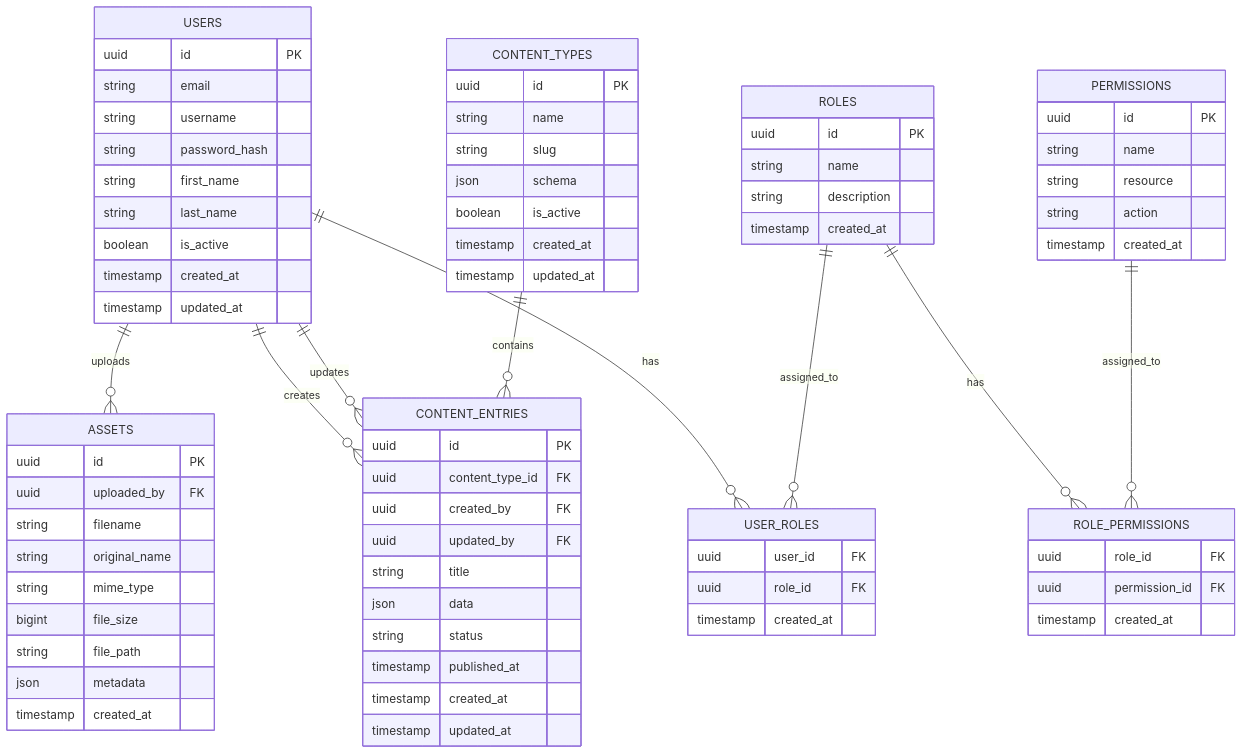
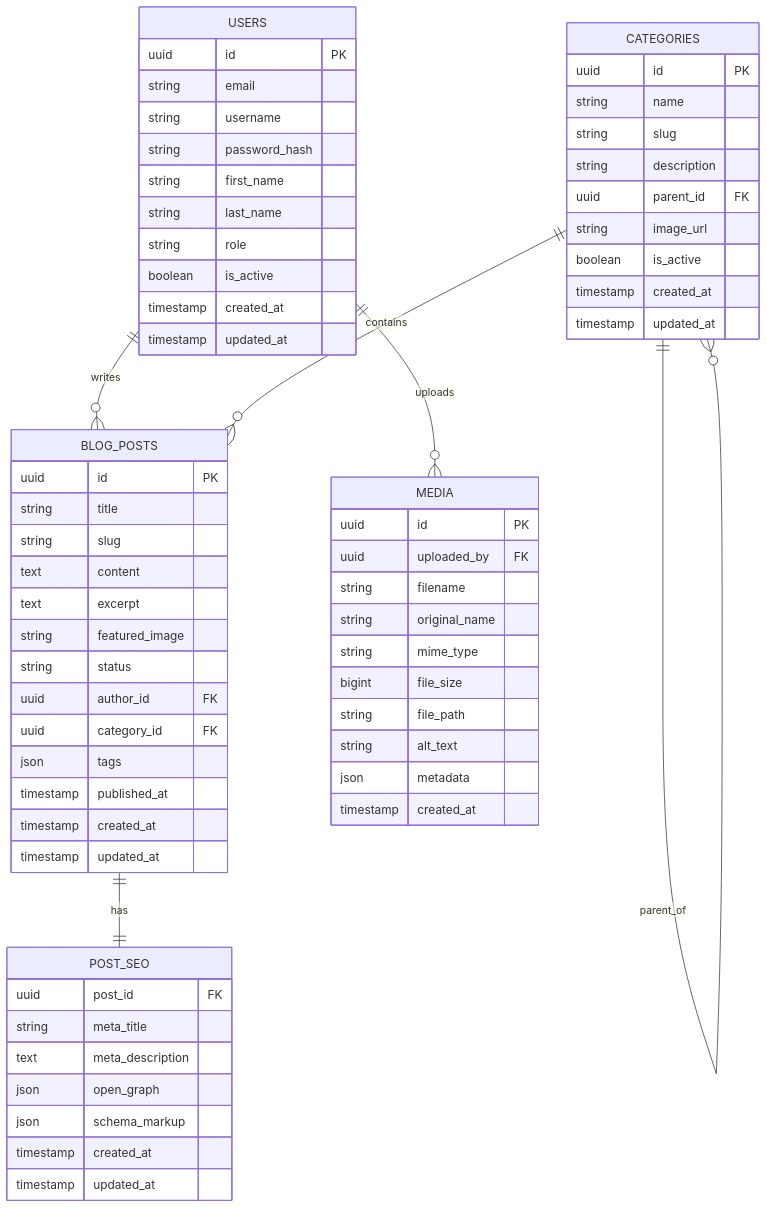
One commit to Dragon745/Content-Management-System changed the fourth of 16 diagrams in SRS.md. Above: the diagram before and after it, drawn with Mermaid. The commit also changed other lines of this file and 1 other file, not shown here.

````diff
--- a/SRS.md
+++ b/SRS.md
@@ -295,62 +277,51 @@
         string password_hash
         string first_name
         string last_name
+        string role
         boolean is_active
         timestamp created_at
         timestamp updated_at
     }
 
-    ROLES {
-        uuid id PK
-        string name
-        string description
-        timestamp created_at
-    }
-
-    USER_ROLES {
-        uuid user_id FK
-        uuid role_id FK
-        timestamp created_at
-    }
-
-    PERMISSIONS {
-        uuid id PK
-        string name
-        string resource
-        string action
-        timestamp created_at
-    }
-
-    ROLE_PERMISSIONS {
-        uuid role_id FK
-        uuid permission_id FK
-        timestamp created_at
-    }
-
-    CONTENT_TYPES {
+    CATEGORIES {
         uuid id PK
         string name
         string slug
-        json schema
+        string description
+        uuid parent_id FK
+        string image_url
         boolean is_active
         timestamp created_at
         timestamp updated_at
     }
 
-    CONTENT_ENTRIES {
+    BLOG_POSTS {
         uuid id PK
-        uuid content_type_id FK
-        uuid created_by FK
-        uuid updated_by FK
         string title
-        json data
+        string slug
+        text content
+        text excerpt
+        string featured_image
         string status
+        uuid author_id FK
+        uuid category_id FK
+        json tags
         timestamp published_at
         timestamp created_at
         timestamp updated_at
     }
 
-    ASSETS {
+    POST_SEO {
+        uuid post_id FK
+        string meta_title
+        text meta_description
+        json open_graph
+        json schema_markup
+        timestamp created_at
+        timestamp updated_at
+    }
+
+    MEDIA {
         uuid id PK
         uuid uploaded_by FK
         string filename
@@ -358,16 +329,14 @@
         string mime_type
         bigint file_size
         string file_path
+        string alt_text
         json metadata
         timestamp created_at
     }
 
-    USERS ||--o{ USER_ROLES : has
-    ROLES ||--o{ USER_ROLES : assigned_to
-    ROLES ||--o{ ROLE_PERMISSIONS : has
-    PERMISSIONS ||--o{ ROLE_PERMISSIONS : assigned_to
-    USERS ||--o{ CONTENT_ENTRIES : creates
-    USERS ||--o{ CONTENT_ENTRIES : updates
-    USERS ||--o{ ASSETS : uploads
-    CONTENT_TYPES ||--o{ CONTENT_ENTRIES : contains
+    USERS ||--o{ BLOG_POSTS : writes
+    CATEGORIES ||--o{ BLOG_POSTS : contains
+    CATEGORIES ||--o{ CATEGORIES : parent_of
+    BLOG_POSTS ||--|| POST_SEO : has
+    USERS ||--o{ MEDIA : uploads
 ```
````
